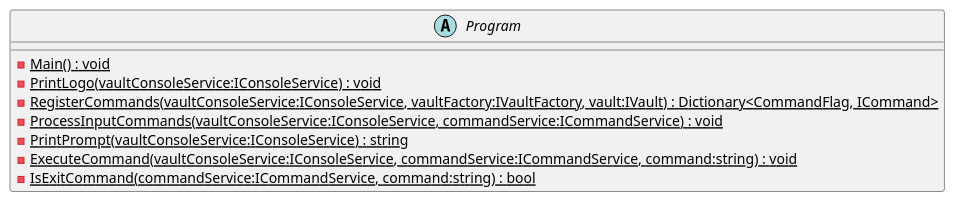
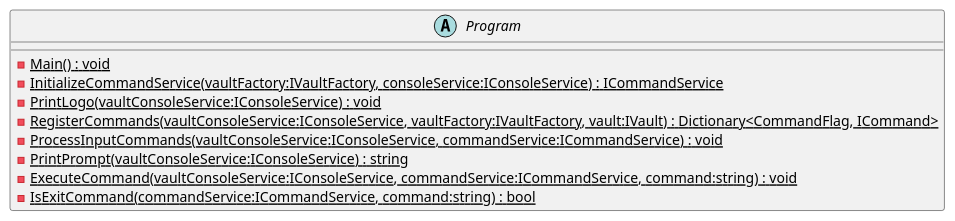
Before and after one commit to BeierKevin/KeyVaultCLI: the diagram in uml/src/KeyVaultCli.Presentation/Program.puml, drawn with PlantUML. The commit also changed 16 other files, not shown here.

```diff
--- a/uml/src/KeyVaultCli.Presentation/Program.puml
+++ b/uml/src/KeyVaultCli.Presentation/Program.puml
@@ -1,11 +1,12 @@
 @startuml
 abstract class Program {
     - {static} Main() : void
+    - {static} InitializeCommandService(vaultFactory:IVaultFactory, consoleService:IConsoleService) : ICommandService
     - {static} PrintLogo(vaultConsoleService:IConsoleService) : void
     - {static} RegisterCommands(vaultConsoleService:IConsoleService, vaultFactory:IVaultFactory, vault:IVault) : Dictionary<CommandFlag, ICommand>
     - {static} ProcessInputCommands(vaultConsoleService:IConsoleService, commandService:ICommandService) : void
     - {static} PrintPrompt(vaultConsoleService:IConsoleService) : string
     - {static} ExecuteCommand(vaultConsoleService:IConsoleService, commandService:ICommandService, command:string) : void
     - {static} IsExitCommand(commandService:ICommandService, command:string) : bool
 }
 @enduml
```
